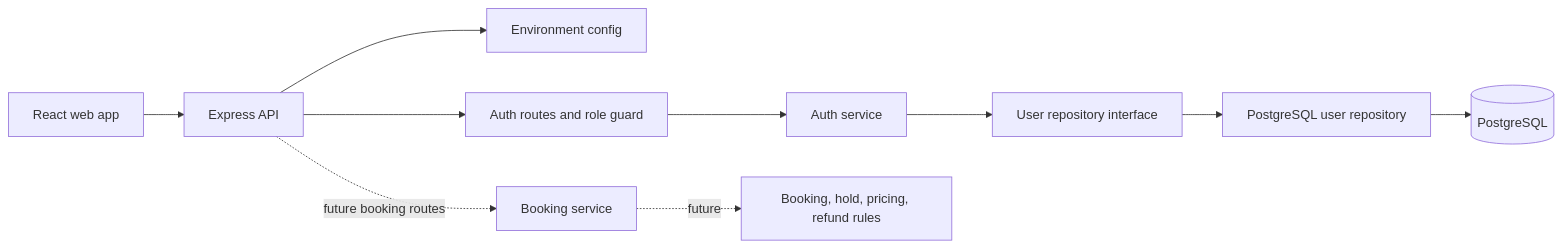
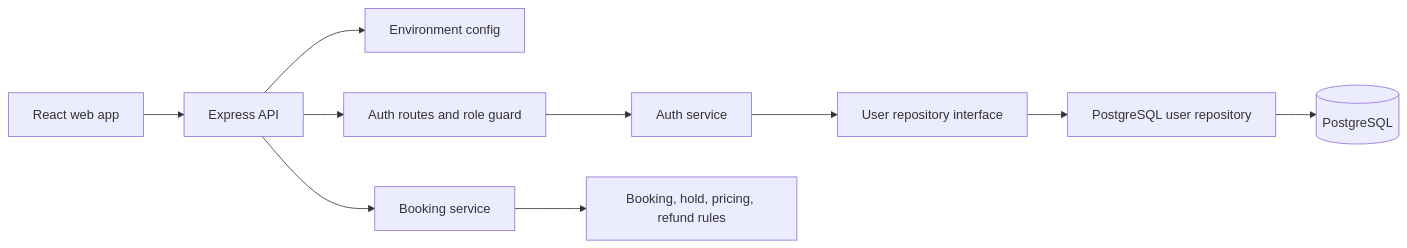
Before and after one commit to meherajmithun/TicketFlow: the diagram in ARCHITECTURE.md, drawn with Mermaid. The commit also changed other lines of this file and 3 other files, not shown here.

````diff
--- a/ARCHITECTURE.md
+++ b/ARCHITECTURE.md
@@ -5,12 +5,12 @@
 ```mermaid
 flowchart LR
   Browser[React web app] --> API[Express API]
   API --> Config[Environment config]
   API --> AuthHTTP[Auth routes and role guard]
   AuthHTTP --> AuthService[Auth service]
   AuthService --> UserRepo[User repository interface]
   UserRepo --> PgUsers[PostgreSQL user repository]
   PgUsers --> DB[(PostgreSQL)]
-  API -. future booking routes .-> BookingService[Booking service]
-  BookingService -. future .-> Domain[Booking, hold, pricing, refund rules]
+  API --> BookingService[Booking service]
+  BookingService --> Domain[Booking, hold, pricing, refund rules]
 ```
````
